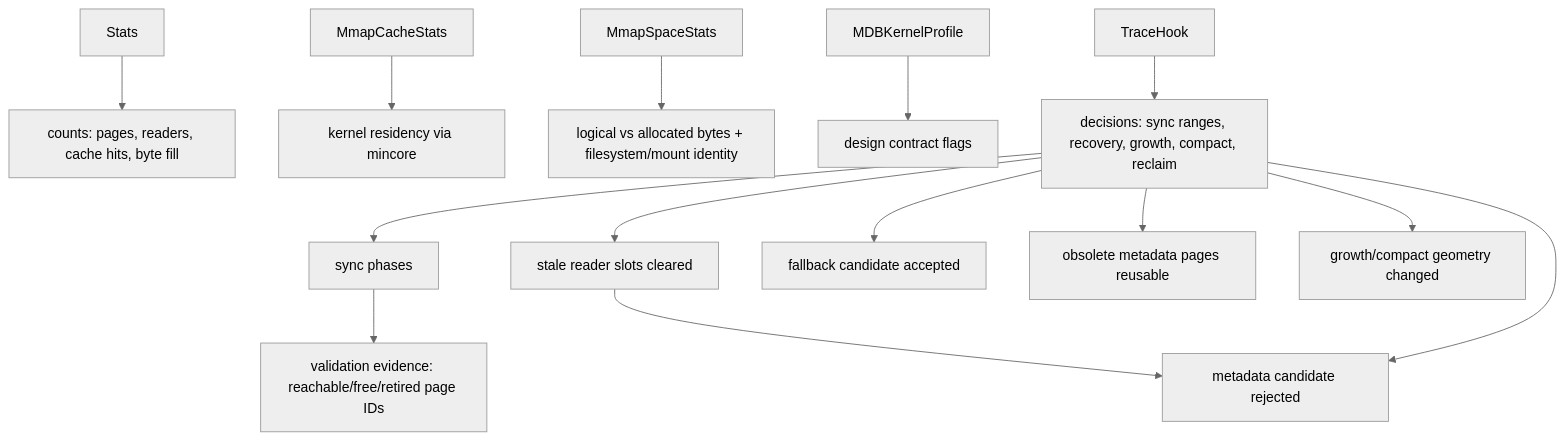
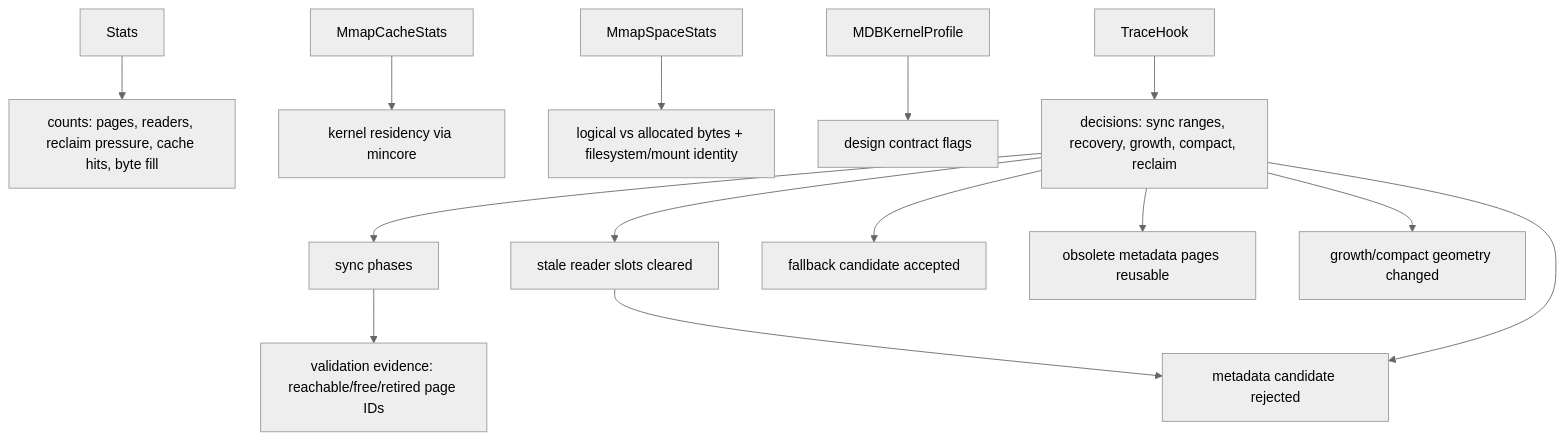
One commit to hadamrd/cow-btree-course changed diagram 17 of 18 in docs/00-storage-engine-course.md. Above: the diagram before and after it, drawn with Mermaid (neutral theme). The commit also changed other lines of this file and 9 other files, not shown here.

Commit message:
feat: report reclaim pressure stats

````diff
--- a/docs/00-storage-engine-course.md
+++ b/docs/00-storage-engine-course.md
@@ -669,17 +675,17 @@
 ```mermaid
 flowchart TD
-    S["Stats"] --> C["counts: pages, readers, cache hits, byte fill"]
+    S["Stats"] --> C["counts: pages, readers, reclaim pressure, cache hits, byte fill"]
     A["Audit"] --> V["validation evidence: reachable/free/retired page IDs"]
     M["MmapCacheStats"] --> R["kernel residency via mincore"]
     Z["MmapSpaceStats"] --> Y["logical vs allocated bytes + filesystem/mount identity"]
     P["MDBKernelProfile"] --> K["design contract flags"]
     H["MmapHolePunchProfile"] --> B["sparse-punch primitive/support"]
     T["TraceHook"] --> E["decisions: sync ranges, recovery, growth, compact, reclaim"]
 
     E --> A["sync phases"]
     E --> B["metadata candidate rejected"]
     E --> D["fallback candidate accepted"]
     E --> F["obsolete metadata pages reusable"]
     E --> G["growth/compact geometry changed"]
     E --> H["stale reader slots cleared"]
 ```
````
